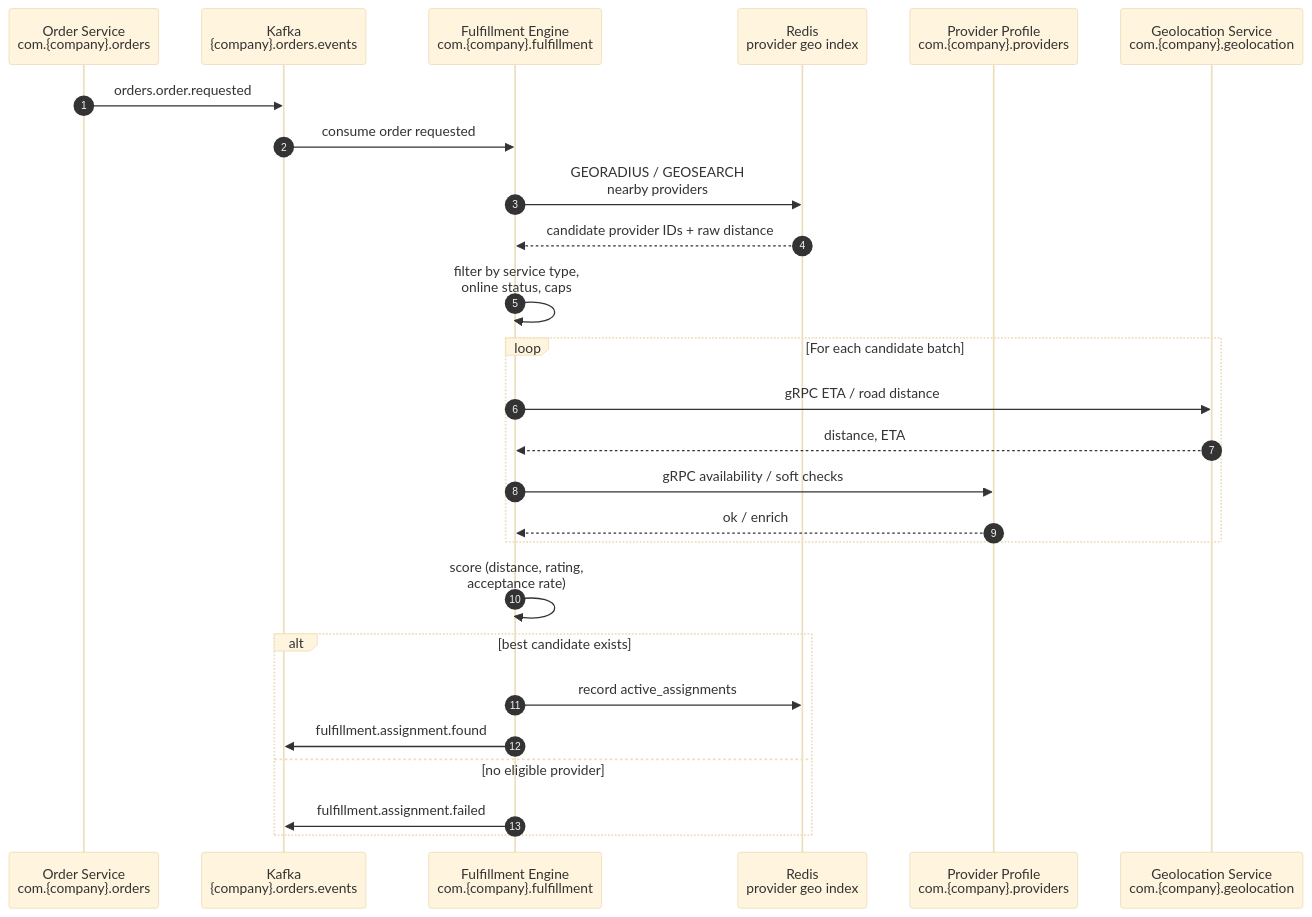
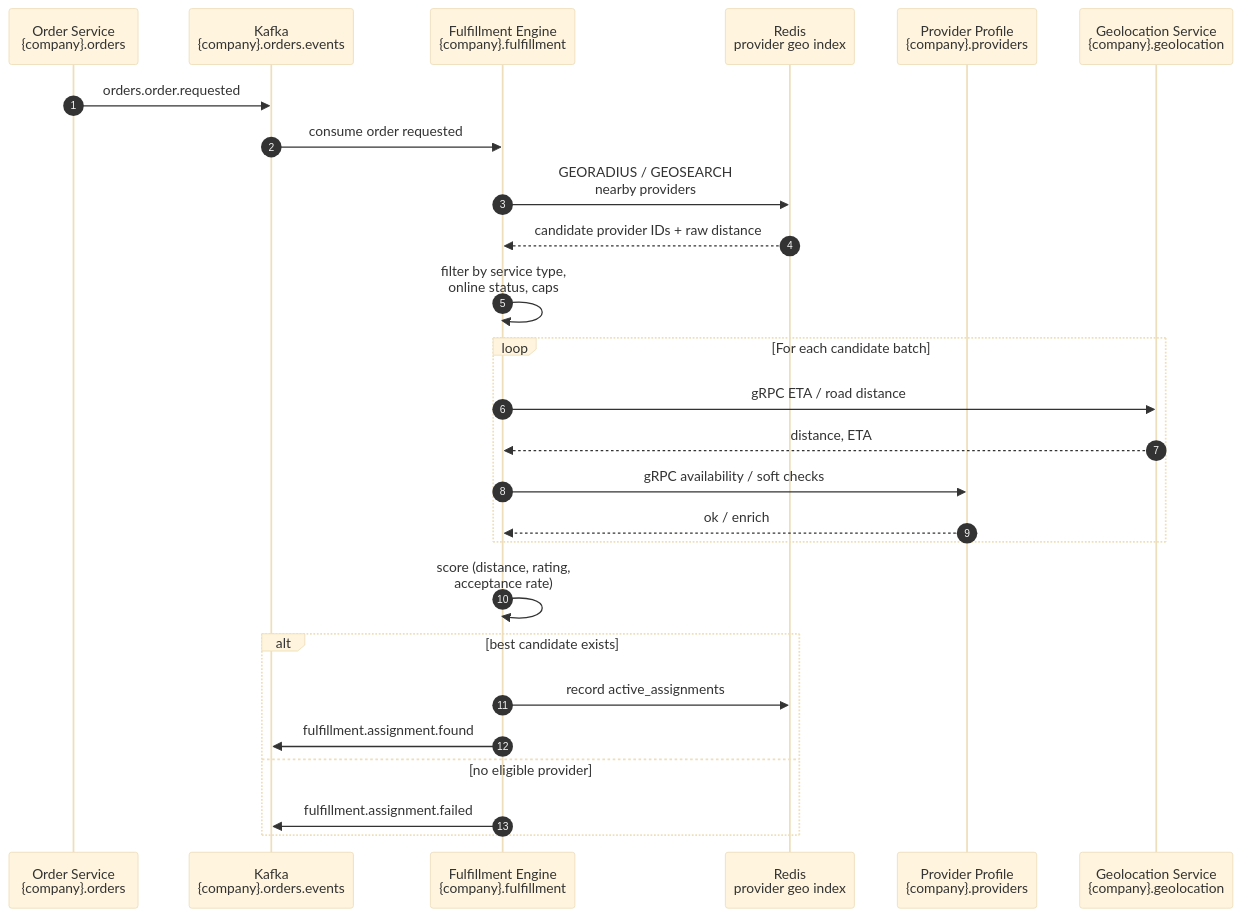
One commit to rishikeshdhokare/platform-manifesto changed the second of 5 diagrams in 11-domain-catalog/02-fulfillment-engine.md. Above: the diagram before and after it, drawn with Mermaid (base theme). The commit also changed other lines of this file and 64 other files, not shown here.

````diff
--- a/11-domain-catalog/02-fulfillment-engine.md
+++ b/11-domain-catalog/02-fulfillment-engine.md
@@ -46,29 +46,29 @@
 ```mermaid
 sequenceDiagram
   autonumber
-  participant Ord as Order Service<br/>com.{company}.orders
+  participant Ord as Order Service<br/>{company}.orders
   participant Kafka as Kafka<br/>{company}.orders.events
-  participant FE as Fulfillment Engine<br/>com.{company}.fulfillment
+  participant FE as Fulfillment Engine<br/>{company}.fulfillment
   participant Redis as Redis<br/>provider geo index
-  participant Prof as Provider Profile<br/>com.{company}.providers
-  participant Geo as Geolocation Service<br/>com.{company}.geolocation
+  participant Prof as Provider Profile<br/>{company}.providers
+  participant Geo as Geolocation Service<br/>{company}.geolocation
 
   Ord->>Kafka: orders.order.requested
   Kafka->>FE: consume order requested
   FE->>Redis: GEORADIUS / GEOSEARCH<br/>nearby providers
   Redis-->>FE: candidate provider IDs + raw distance
   FE->>FE: filter by service type,<br/>online status, caps
   loop For each candidate batch
     FE->>Geo: gRPC ETA / road distance
     Geo-->>FE: distance, ETA
     FE->>Prof: gRPC availability / soft checks
     Prof-->>FE: ok / enrich
   end
   FE->>FE: score (distance, rating,<br/>acceptance rate)
   alt best candidate exists
     FE->>Redis: record active_assignments
     FE->>Kafka: fulfillment.assignment.found
   else no eligible provider
     FE->>Kafka: fulfillment.assignment.failed
   end
 ```
````
